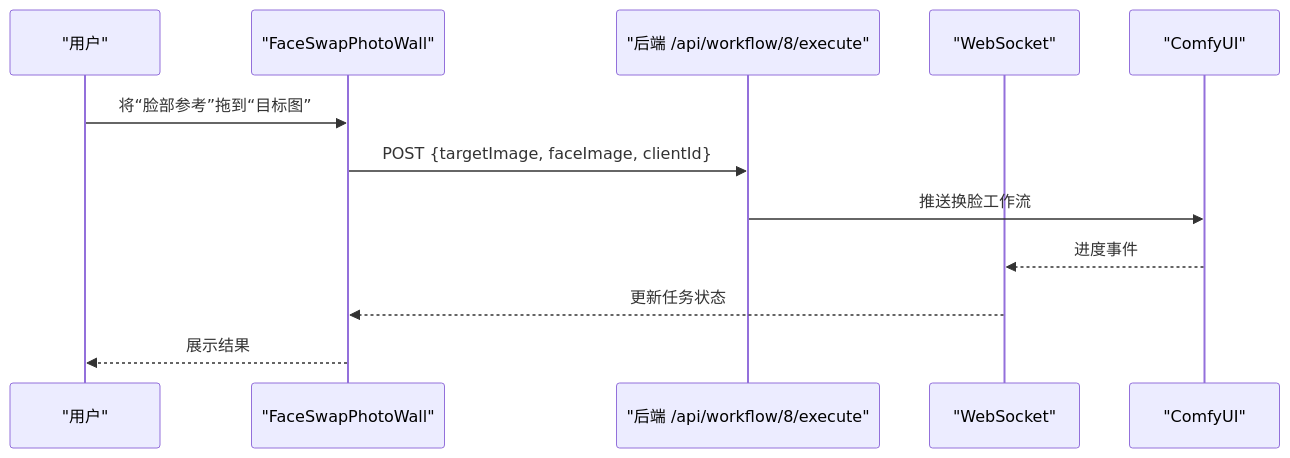
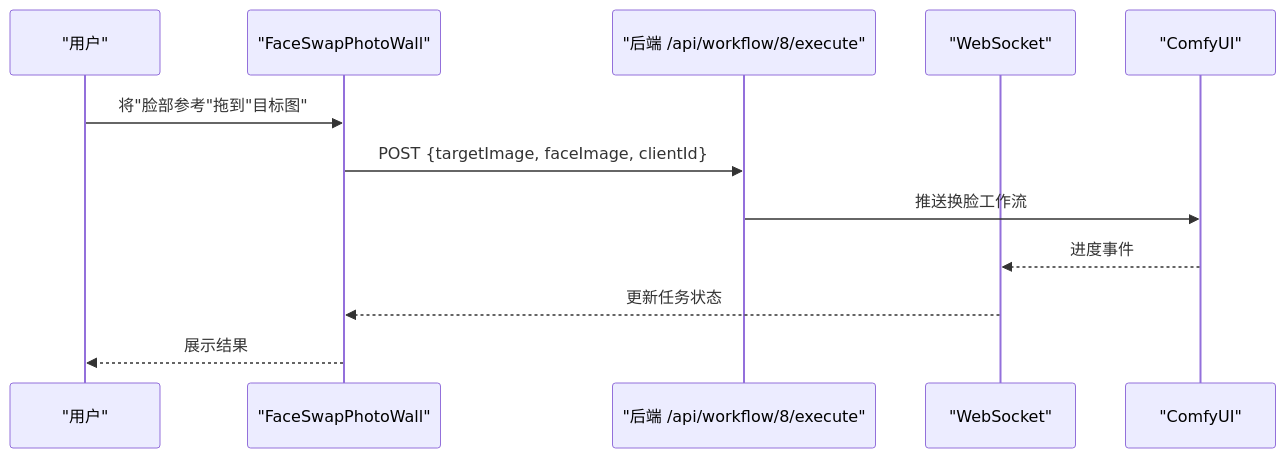
Before and after one commit to billye220670/CorineKit_Pix2Real: the sixth of 8 diagrams in .qoder/repowiki/zh/content/专业功能/专业功能.md, drawn with Mermaid. The commit also changed other lines of this file and 73 other files, not shown here.

````diff
--- a/.qoder/repowiki/zh/content/专业功能/专业功能.md
+++ b/.qoder/repowiki/zh/content/专业功能/专业功能.md
@@ -213,14 +225,14 @@
 ```mermaid
 sequenceDiagram
 participant U as "用户"
 participant FW as "FaceSwapPhotoWall"
 participant API as "后端 /api/workflow/8/execute"
 participant WS as "WebSocket"
 participant C as "ComfyUI"
-U->>FW : 将“脸部参考”拖到“目标图”
+U->>FW : 将"脸部参考"拖到"目标图"
 FW->>API : POST {targetImage, faceImage, clientId}
 API->>C : 推送换脸工作流
 C-->>WS : 进度事件
 WS-->>FW : 更新任务状态
 FW-->>U : 展示结果
 ```
````
